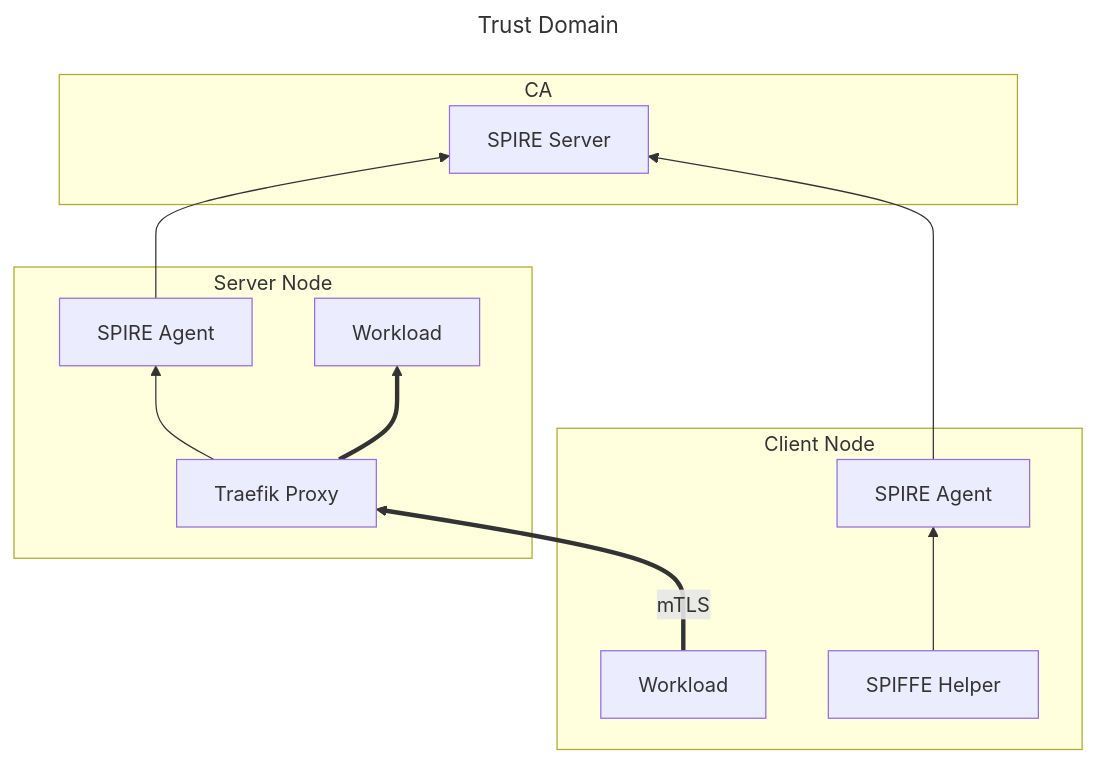
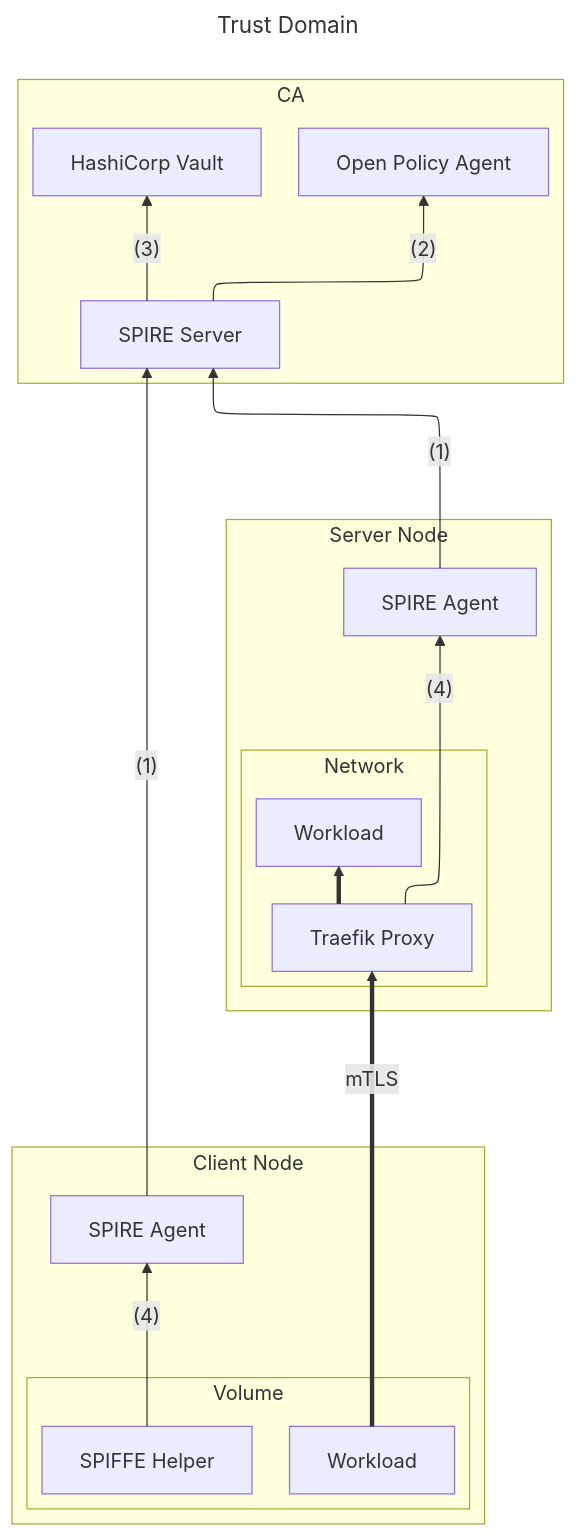
One commit to ncku11308118/spiffe-mtls-poc changed the diagram in README.md. Above: the diagram before and after it, drawn with Mermaid. The commit also changed other lines of this file, not shown here.

````diff
--- a/README.md
+++ b/README.md
@@ -17,26 +18,40 @@
 ```mermaid
 ---
 title: Trust Domain
+config:
+  layout: elk
 ---
 
-flowchart BT
+graph BT
   subgraph ca[CA]
+    ca.hashicorp-vault[HashiCorp Vault]
+    ca.open-policy-agent[Open Policy Agent]
     ca.spire-server[SPIRE Server]
   end
 
   subgraph server[Server Node]
-  	server.spire-agent[SPIRE Agent]
-	  server.traefik-proxy[Traefik Proxy]
-  	server.workload[Workload]
+    server.spire-agent[SPIRE Agent]
+
+    subgraph server.network[Network]
+      server.traefik-proxy[Traefik Proxy]
+      server.workload[Workload]
+    end
   end
 
   subgraph client[Client Node]
-  	client.spire-agent[SPIRE Agent]
-  	client.spiffe-helper[SPIFFE Helper]
-  	client.workload[Workload]
+    client.spire-agent[SPIRE Agent]
+
+    subgraph client.volume[Volume]
+      client.spiffe-helper[SPIFFE Helper]
+      client.workload[Workload]
+    end
   end
 
-  server.traefik-proxy --> server.spire-agent --> ca.spire-server
-  client.spiffe-helper --> client.spire-agent --> ca.spire-server
+  server.spire-agent -- (1) --> ca.spire-server
+  client.spire-agent -- (1) --> ca.spire-server
+  ca.spire-server -- (2) --> ca.open-policy-agent
+  ca.spire-server -- (3) --> ca.hashicorp-vault
+  server.traefik-proxy -- (4) --> server.spire-agent
+  client.spiffe-helper -- (4) --> client.spire-agent
   client.workload == mTLS ==> server.traefik-proxy ==> server.workload
 ```
````
